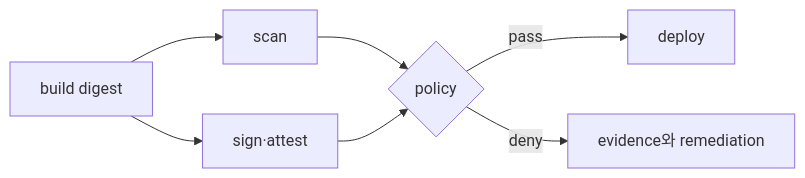
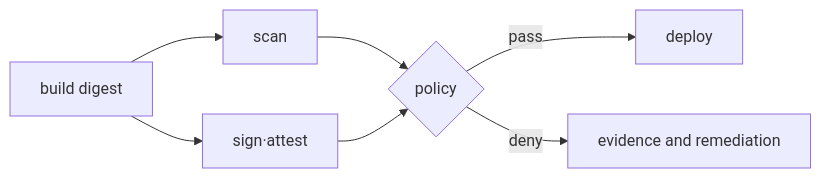
The diagram in docs-site/content/infrastructure-security/02-allow-deny-lifecycle-lab.md (nohdol97/nohdol-study), drawn with Mermaid before and after one commit. The commit also changed other lines of this file and 116 other files, not shown here.

````diff
--- a/docs-site/content/infrastructure-security/02-allow-deny-lifecycle-lab.md
+++ b/docs-site/content/infrastructure-security/02-allow-deny-lifecycle-lab.md
@@ -90,9 +90,9 @@
 ```mermaid
 flowchart LR
     A[build digest] --> B[scan]
     A --> C[sign·attest]
     B --> D{policy}
     C --> D
     D -->|pass| E[deploy]
-    D -->|deny| F[evidence와 remediation]
+    D -->|deny| F[evidence and remediation]
 ```
````
